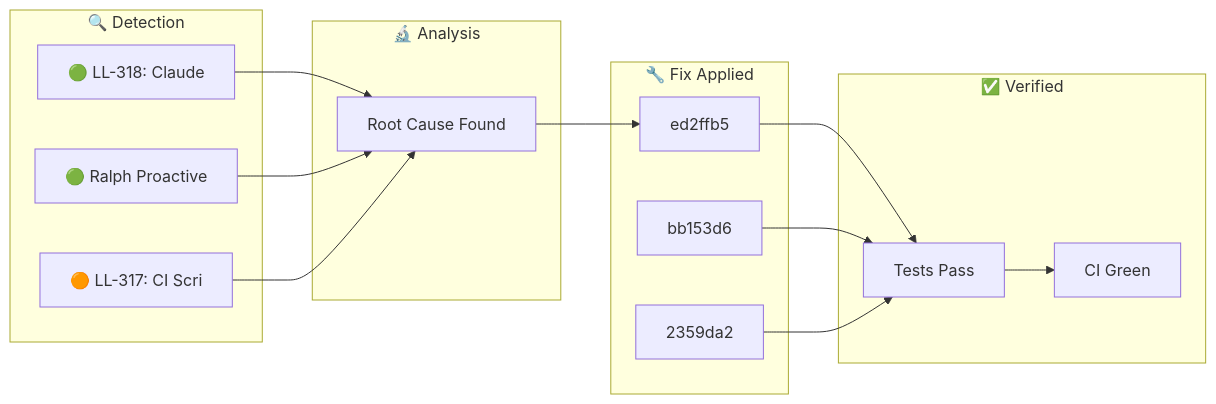
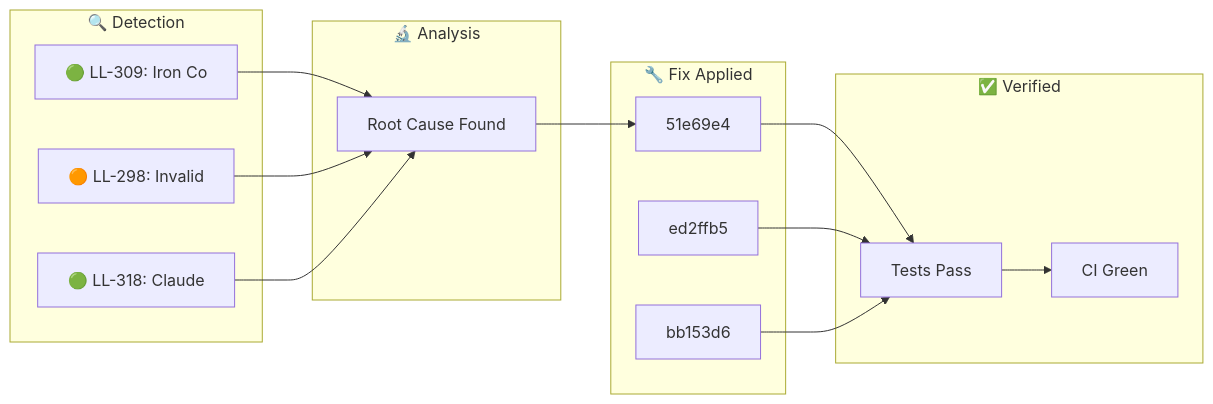
One commit to YoByron/trading changed the diagram in docs/_posts/2026-01-28-ralph-discovery.md. Above: the diagram before and after it, drawn with Mermaid. The commit also changed other lines of this file, not shown here.

Commit message:
docs(ralph): Auto-publish discovery blog post

````diff
--- a/docs/_posts/2026-01-28-ralph-discovery.md
+++ b/docs/_posts/2026-01-28-ralph-discovery.md
@@ -17,28 +17,28 @@
 ```mermaid
 flowchart LR
     subgraph Detection["🔍 Detection"]
-        D1["🟢 LL-318: Claude "]
-        D2["🟢 Ralph Proactive"]
-        D3["🟠 LL-317: CI Scri"]
+        D1["🟢 LL-309: Iron Co"]
+        D2["🟠 LL-298: Invalid"]
+        D3["🟢 LL-318: Claude "]
     end
     subgraph Analysis["🔬 Analysis"]
         A1["Root Cause Found"]
     end
     subgraph Fix["🔧 Fix Applied"]
-        F1["ed2ffb5"]
-        F2["bb153d6"]
-        F3["2359da2"]
+        F1["51e69e4"]
+        F2["ed2ffb5"]
+        F3["bb153d6"]
     end
     subgraph Verify["✅ Verified"]
         V1["Tests Pass"]
         V2["CI Green"]
     end
     D1 --> A1
     D2 --> A1
     D3 --> A1
     A1 --> F1
     F1 --> V1
     F2 --> V1
     F3 --> V1
     V1 --> V2
 ```
````
